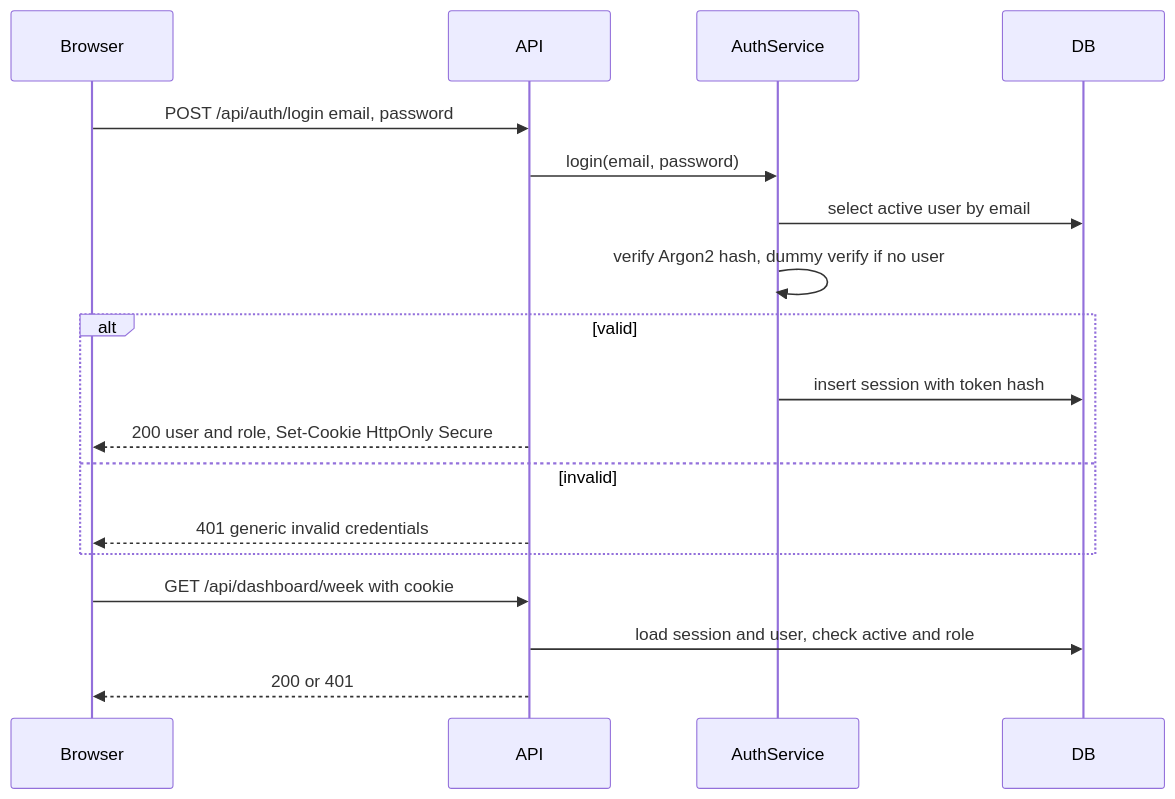
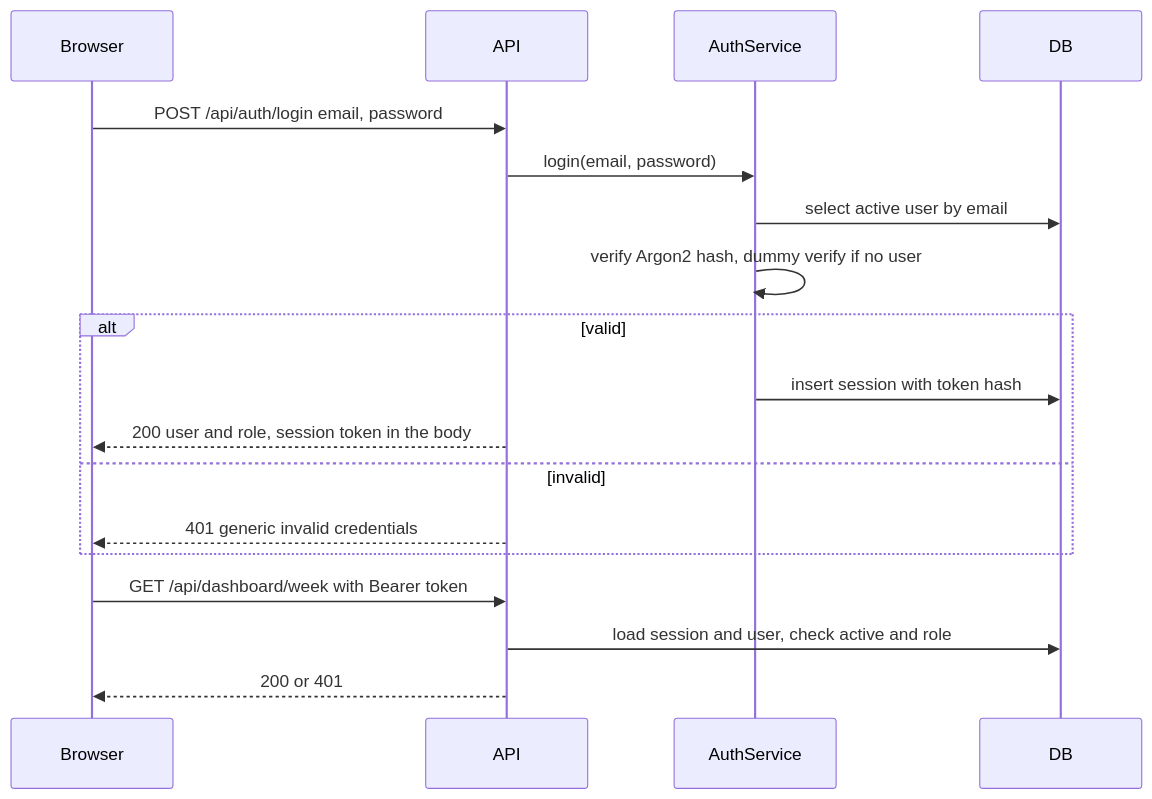
One commit to pavands20/timetrack-pro-v1 changed the second of 6 diagrams in docs/sdlc/architecture/README.md. Above: the diagram before and after it, drawn with Mermaid. The commit also changed other lines of this file and 16 other files, not shown here.

````diff
--- a/docs/sdlc/architecture/README.md
+++ b/docs/sdlc/architecture/README.md
@@ -482,20 +482,20 @@
 ```mermaid
 sequenceDiagram
   participant U as Browser
   participant A as API
   participant S as AuthService
   participant D as DB
   U->>A: POST /api/auth/login email, password
   A->>S: login(email, password)
   S->>D: select active user by email
   S->>S: verify Argon2 hash, dummy verify if no user
   alt valid
     S->>D: insert session with token hash
-    A-->>U: 200 user and role, Set-Cookie HttpOnly Secure
+    A-->>U: 200 user and role, session token in the body
   else invalid
     A-->>U: 401 generic invalid credentials
   end
-  U->>A: GET /api/dashboard/week with cookie
+  U->>A: GET /api/dashboard/week with Bearer token
   A->>D: load session and user, check active and role
   A-->>U: 200 or 401
 ```
````
